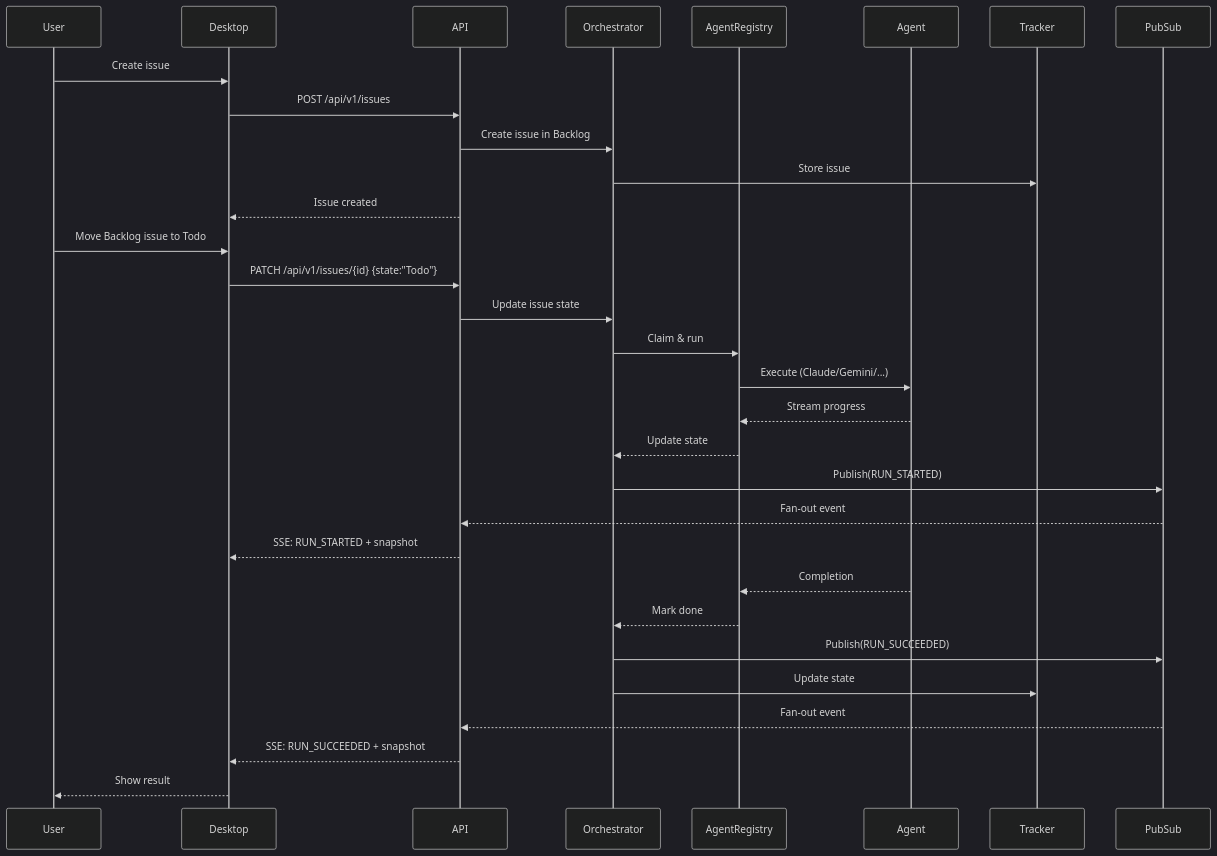
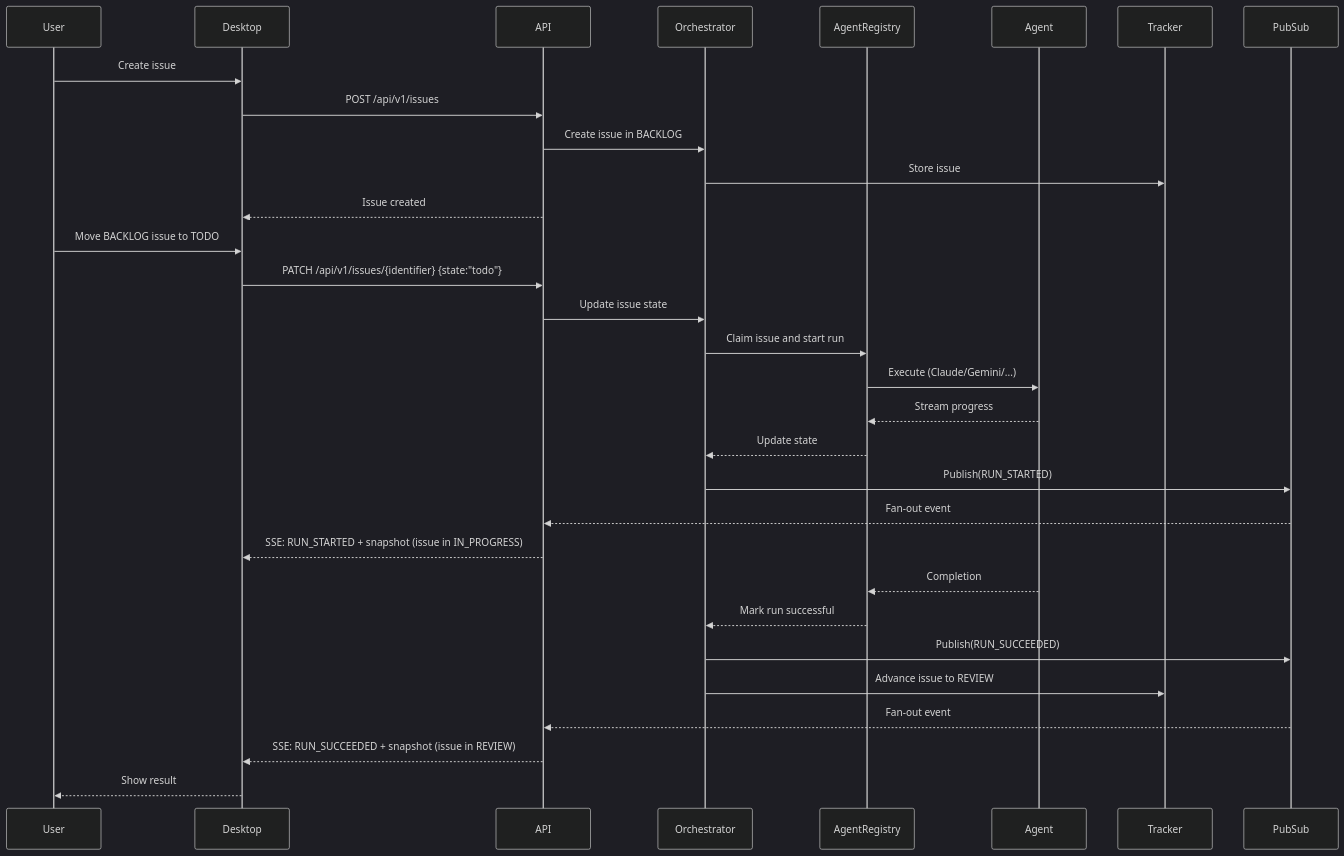
One commit to bradAGI/Orchestra changed the third of 3 diagrams in docs/architecture/overview.md. Above: the diagram before and after it, drawn with Mermaid (dark theme). The commit also changed 1 other file, not shown here.

Commit message:
docs(audit): align schema inventory and overview flow

````diff
--- a/docs/architecture/overview.md
+++ b/docs/architecture/overview.md
@@ -110,34 +110,34 @@
 ```mermaid
 sequenceDiagram
     participant User
     participant Desktop
     participant API
     participant Orchestrator
     participant AgentRegistry
     participant Agent
     participant Tracker
     participant PubSub
 
     User->>Desktop: Create issue
     Desktop->>API: POST /api/v1/issues
-    API->>Orchestrator: Create issue in Backlog
+    API->>Orchestrator: Create issue in BACKLOG
     Orchestrator->>Tracker: Store issue
     API-->>Desktop: Issue created
-    User->>Desktop: Move Backlog issue to Todo
-    Desktop->>API: PATCH /api/v1/issues/{id} {state:"Todo"}
+    User->>Desktop: Move BACKLOG issue to TODO
+    Desktop->>API: PATCH /api/v1/issues/{identifier} {state:"todo"}
     API->>Orchestrator: Update issue state
-    Orchestrator->>AgentRegistry: Claim & run
+    Orchestrator->>AgentRegistry: Claim issue and start run
     AgentRegistry->>Agent: Execute (Claude/Gemini/...)
     Agent-->>AgentRegistry: Stream progress
     AgentRegistry-->>Orchestrator: Update state
     Orchestrator->>PubSub: Publish(RUN_STARTED)
     PubSub-->>API: Fan-out event
-    API-->>Desktop: SSE: RUN_STARTED + snapshot
+    API-->>Desktop: SSE: RUN_STARTED + snapshot (issue in IN_PROGRESS)
     Agent-->>AgentRegistry: Completion
-    AgentRegistry-->>Orchestrator: Mark done
+    AgentRegistry-->>Orchestrator: Mark run successful
     Orchestrator->>PubSub: Publish(RUN_SUCCEEDED)
-    Orchestrator->>Tracker: Update state
+    Orchestrator->>Tracker: Advance issue to REVIEW
     PubSub-->>API: Fan-out event
-    API-->>Desktop: SSE: RUN_SUCCEEDED + snapshot
+    API-->>Desktop: SSE: RUN_SUCCEEDED + snapshot (issue in REVIEW)
     Desktop-->>User: Show result
 ```
````
